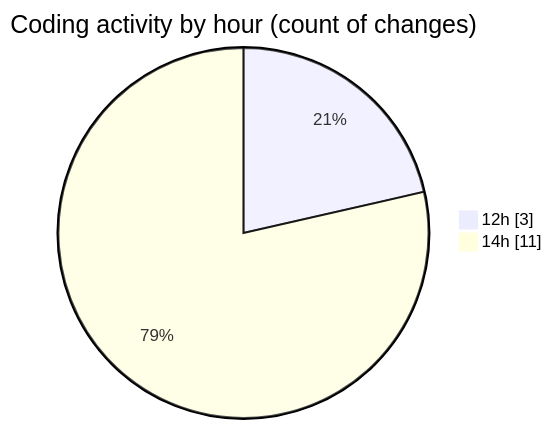
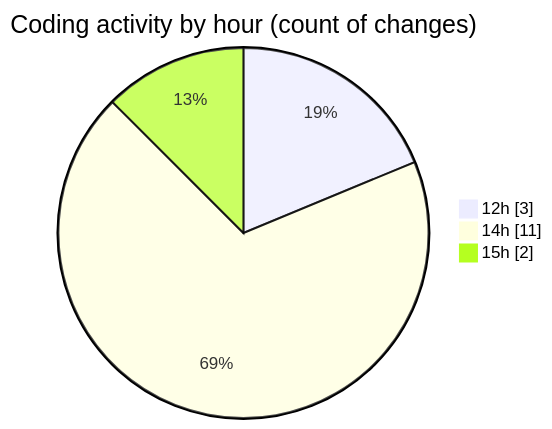
Before and after one commit to debugP/code-tracking: the second of 2 diagrams in 2025-10-16/untitled__workspace_/README.md, drawn with Mermaid. The commit also changed other lines of this file and 1 other file, not shown here.

````diff
--- a/2025-10-16/untitled__workspace_/README.md
+++ b/2025-10-16/untitled__workspace_/README.md
@@ -32,6 +32,7 @@
 ```mermaid
 pie showData
 title Coding activity by hour (count of changes)
 "12h" : 3
 "14h" : 11
+"15h" : 2
 ```
````
